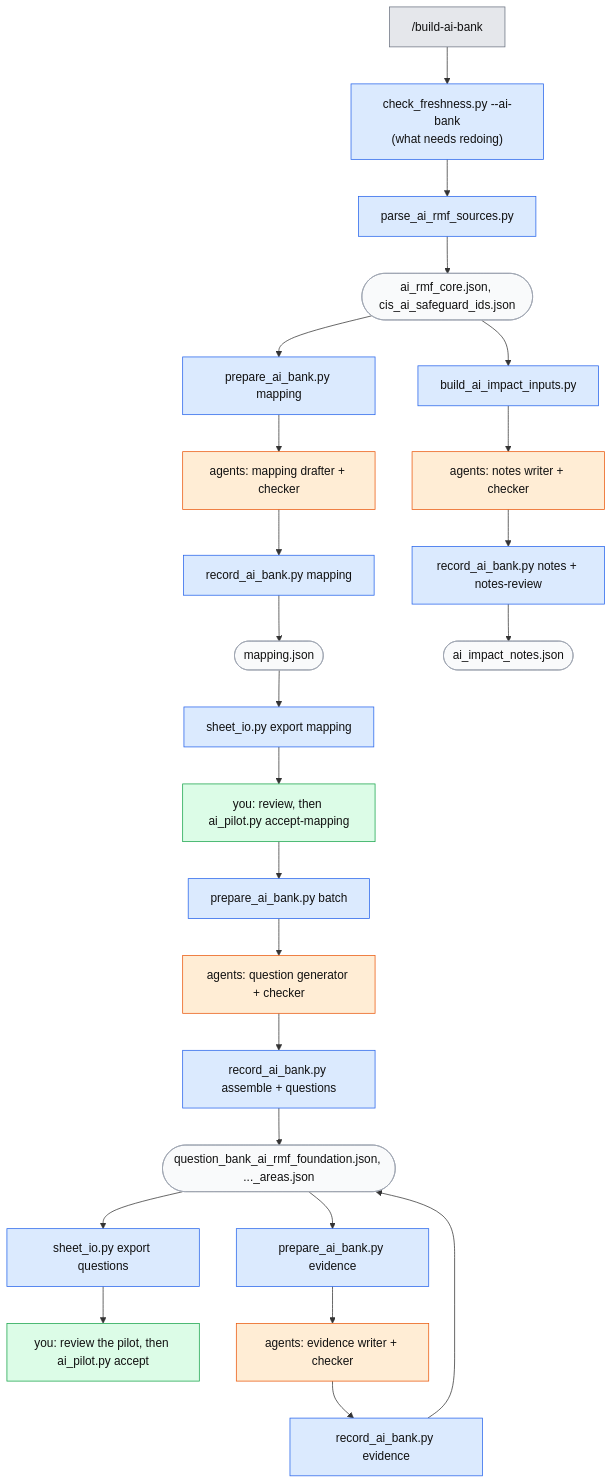
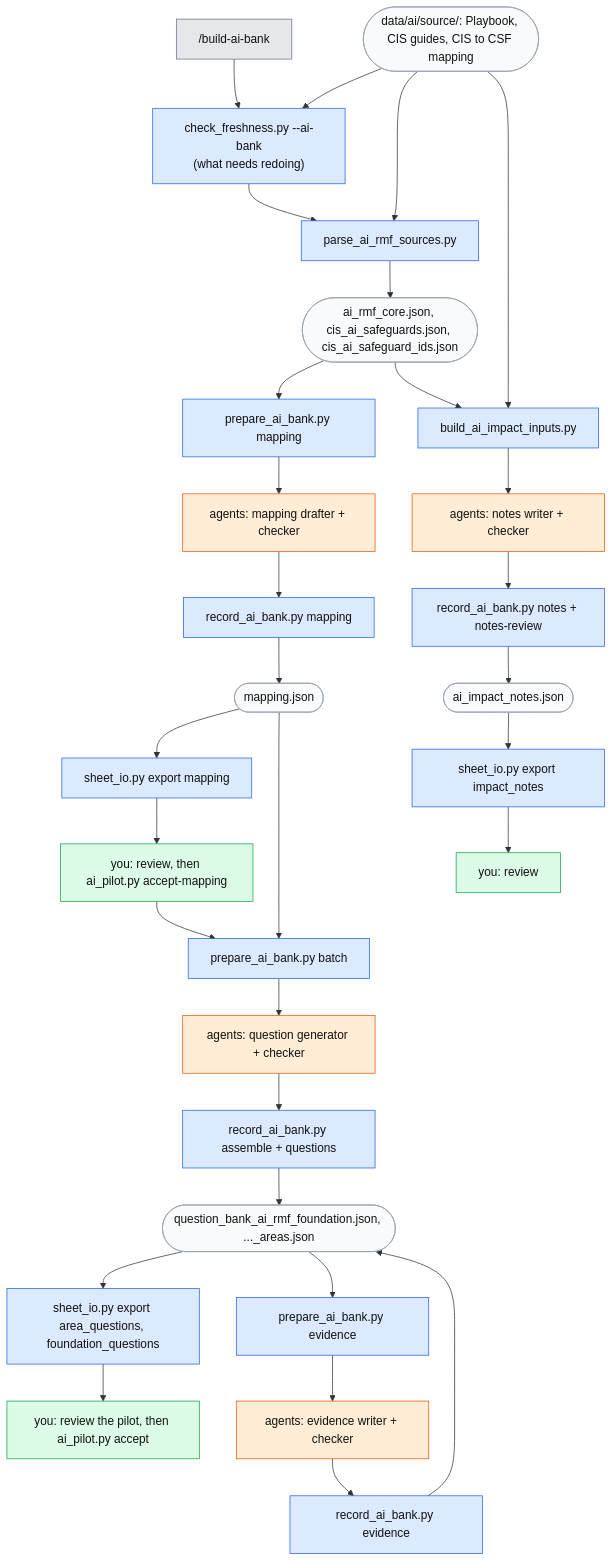
The third of 3 diagrams in docs/guide.md (srilekha82/csf-ai-self-assessment), drawn with Mermaid before and after one commit. The commit also changed other lines of this file, not shown here.

First line of the commit message:
Guide diagrams: arrows match each script's Called by / Input / Output

````diff
--- a/docs/guide.md
+++ b/docs/guide.md
@@ -152,21 +164,27 @@
 ```mermaid
 flowchart TD
     B["/build-ai-bank"]:::cmd --> CF["check_freshness.py --ai-bank<br/>(what needs redoing)"]:::script
-    CF --> PS[parse_ai_rmf_sources.py]:::script --> CORE([ai_rmf_core.json, cis_ai_safeguard_ids.json]):::file
+    SRC([data/ai/source/: Playbook, CIS guides, CIS to CSF mapping]):::file --> CF
+    CF --> PS[parse_ai_rmf_sources.py]:::script
+    SRC --> PS --> CORE([ai_rmf_core.json, cis_ai_safeguards.json, cis_ai_safeguard_ids.json]):::file
 
     CORE --> PM["prepare_ai_bank.py mapping"]:::script --> AM["agents: mapping drafter + checker"]:::agent --> RM["record_ai_bank.py mapping"]:::script --> MAP([mapping.json]):::file
     MAP --> SM["sheet_io.py export mapping"]:::script --> U1["you: review, then ai_pilot.py accept-mapping"]:::you
 
-    U1 --> PB["prepare_ai_bank.py batch"]:::script --> AQ["agents: question generator + checker"]:::agent --> RQ["record_ai_bank.py assemble + questions"]:::script --> BANKS([question_bank_ai_rmf_foundation.json, ..._areas.json]):::file
-    BANKS --> SQ["sheet_io.py export questions"]:::script --> U2["you: review the pilot, then ai_pilot.py accept"]:::you
+    U1 --> PB["prepare_ai_bank.py batch"]:::script
+    MAP --> PB --> AQ["agents: question generator + checker"]:::agent --> RQ["record_ai_bank.py assemble + questions"]:::script --> BANKS([question_bank_ai_rmf_foundation.json, ..._areas.json]):::file
+    BANKS --> SQ["sheet_io.py export area_questions, foundation_questions"]:::script --> U2["you: review the pilot, then ai_pilot.py accept"]:::you
 
     BANKS --> PE["prepare_ai_bank.py evidence"]:::script --> AE["agents: evidence writer + checker"]:::agent --> RE["record_ai_bank.py evidence"]:::script --> BANKS
 
-    CORE --> BI[build_ai_impact_inputs.py]:::script --> AN["agents: notes writer + checker"]:::agent --> RN["record_ai_bank.py notes + notes-review"]:::script --> NOTES([ai_impact_notes.json]):::file
+    SRC --> BI[build_ai_impact_inputs.py]:::script
+    CORE --> BI --> AN["agents: notes writer + checker"]:::agent --> RN["record_ai_bank.py notes + notes-review"]:::script --> NOTES([ai_impact_notes.json]):::file
+    NOTES --> SN["sheet_io.py export impact_notes"]:::script --> U3["you: review"]:::you
 
     classDef cmd fill:#e5e7eb,stroke:#6b7280,color:#111
     classDef script fill:#dbeafe,stroke:#2563eb,color:#111
     classDef agent fill:#ffedd5,stroke:#ea580c,color:#111
     classDef you fill:#dcfce7,stroke:#16a34a,color:#111
     classDef file fill:#f9fafb,stroke:#9ca3af,color:#111
+    classDef stop fill:#fee2e2,stroke:#dc2626,color:#111
 ```
````
